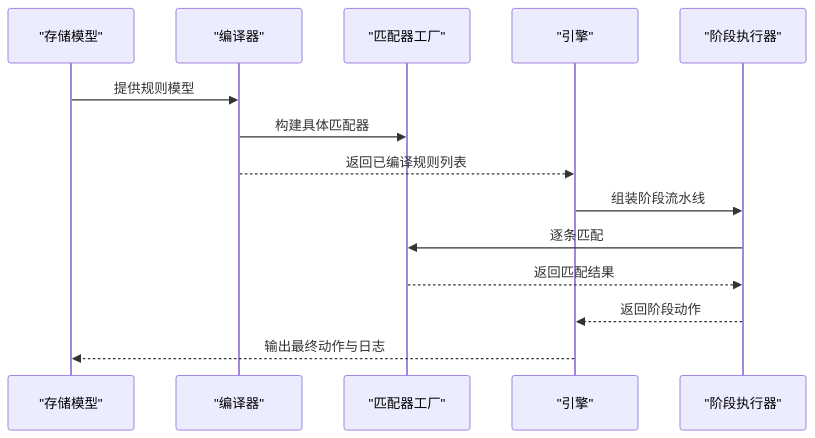
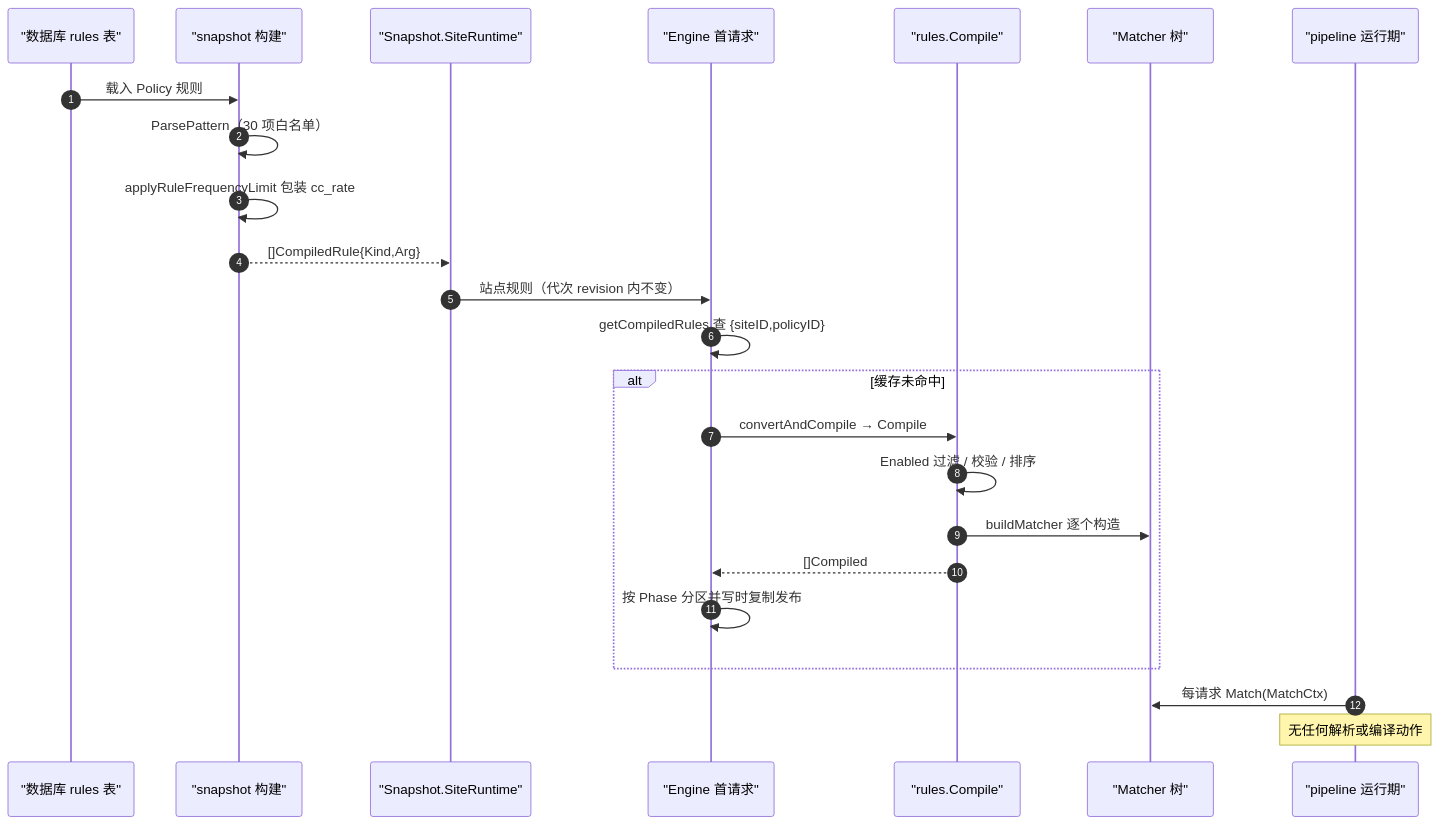
Before and after one commit to x01n/My-OpenWaf: the third of 6 diagrams in docs/WAF 引擎系统/规则编译器.md, drawn with Mermaid. The commit also changed other lines of this file and 622 other files, not shown here.

````diff
--- a/docs/WAF 引擎系统/规则编译器.md
+++ b/docs/WAF 引擎系统/规则编译器.md
@@ -97,16 +197,26 @@
 ```mermaid
 sequenceDiagram
-participant STORE as "存储模型"
-participant COMP as "编译器"
-participant MATCH as "匹配器工厂"
-participant ENG as "引擎"
-participant PH as "阶段执行器"
-STORE->>COMP : 提供规则模型
-COMP->>MATCH : 构建具体匹配器
-COMP-->>ENG : 返回已编译规则列表
-ENG->>PH : 组装阶段流水线
-PH->>MATCH : 逐条匹配
-MATCH-->>PH : 返回匹配结果
-PH-->>ENG : 返回阶段动作
-ENG-->>STORE : 输出最终动作与日志
+  autonumber
+  participant DB as "数据库 rules 表"
+  participant SB as "snapshot 构建"
+  participant SN as "Snapshot.SiteRuntime"
+  participant ENG as "Engine 首请求"
+  participant CMP as "rules.Compile"
+  participant MT as "Matcher 树"
+  participant PL as "pipeline 运行期"
+  DB->>SB: 载入 Policy 规则
+  SB->>SB: ParsePattern（30 项白名单）
+  SB->>SB: applyRuleFrequencyLimit 包装 cc_rate
+  SB-->>SN: []CompiledRule{Kind,Arg}
+  SN->>ENG: 站点规则（代次 revision 内不变）
+  ENG->>ENG: getCompiledRules 查 {siteID,policyID}
+  alt 缓存未命中
+    ENG->>CMP: convertAndCompile → Compile
+    CMP->>CMP: Enabled 过滤 / 校验 / 排序
+    CMP->>MT: buildMatcher 逐个构造
+    CMP-->>ENG: []Compiled
+    ENG->>ENG: 按 Phase 分区并写时复制发布
+  end
+  PL->>MT: 每请求 Match(MatchCtx)
+  Note over PL: 无任何解析或编译动作
 ```
````
